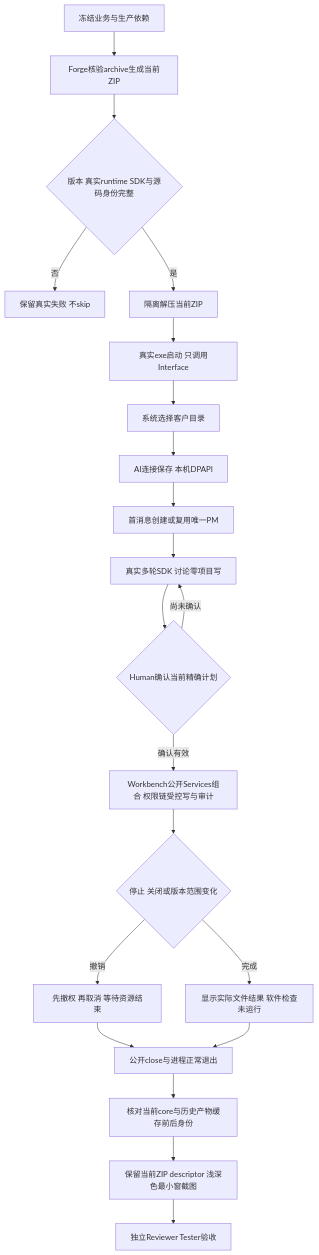
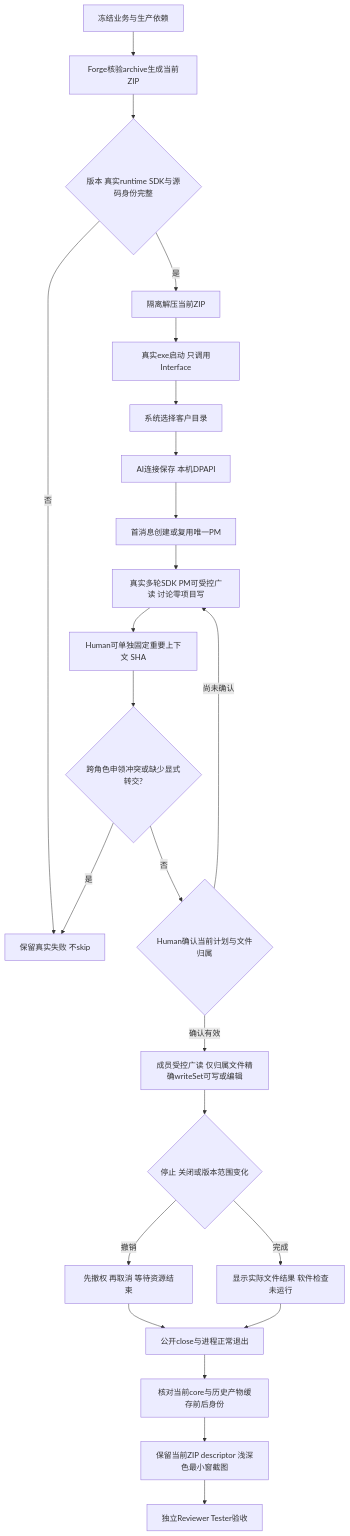
One commit to wangzhongren/ans-legion changed the second of 3 diagrams in docs/roles/ProjectManager/docs/feature/desktop-distribution.md. Above: the diagram before and after it, drawn with Mermaid. The commit also changed other lines of this file and 400 other files, not shown here.

````diff
--- a/docs/roles/ProjectManager/docs/feature/desktop-distribution.md
+++ b/docs/roles/ProjectManager/docs/feature/desktop-distribution.md
@@ -10,23 +72,26 @@
 ```mermaid
 flowchart TD
   source[冻结业务与生产依赖] --> make[Forge核验archive生成当前ZIP]
   make --> manifest{版本 真实runtime SDK与源码身份完整}
   manifest -->|否| failed[保留真实失败 不skip]
   manifest -->|是| unzip[隔离解压当前ZIP]
   unzip --> launch[真实exe启动 只调用Interface]
   launch --> choose[系统选择客户目录]
   choose --> settings[AI连接保存 本机DPAPI]
   settings --> chat[首消息创建或复用唯一PM]
-  chat --> discussion[真实多轮SDK 讨论零项目写]
-  discussion --> confirm{Human确认当前精确计划}
+  chat --> discussion[真实多轮SDK PM可受控广读 讨论零项目写]
+  discussion --> pinned[Human可单独固定重要上下文 SHA]
+  pinned --> owners{跨角色申领冲突或缺少显式转交?}
+  owners -->|是| failed
+  owners -->|否| confirm{Human确认当前计划与文件归属}
   confirm -->|尚未确认| discussion
-  confirm -->|确认有效| execute[Workbench公开Services组合 权限链受控写与审计]
+  confirm -->|确认有效| execute[成员受控广读 仅归属文件精确writeSet可写或编辑]
   execute --> stop{停止 关闭或版本范围变化}
   stop -->|撤销| revoked[先撤权 再取消 等待资源结束]
   stop -->|完成| results[显示实际文件结果 软件检查未运行]
   revoked --> close[公开close与进程正常退出]
   results --> close
   close --> proof[核对当前core与历史产物缓存前后身份]
   proof --> retained[保留当前ZIP descriptor 浅深色最小窗截图]
   retained --> independent[独立Reviewer Tester验收]
 ```
````
